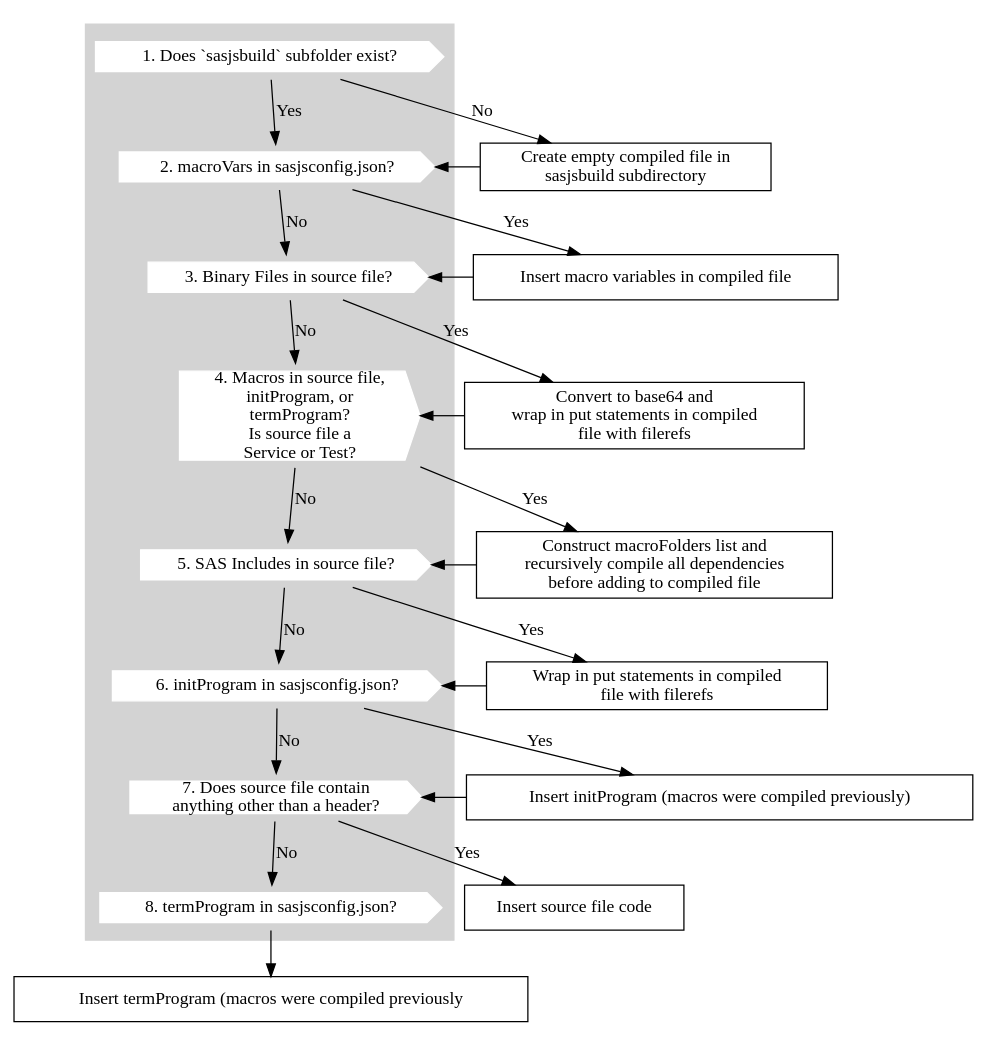
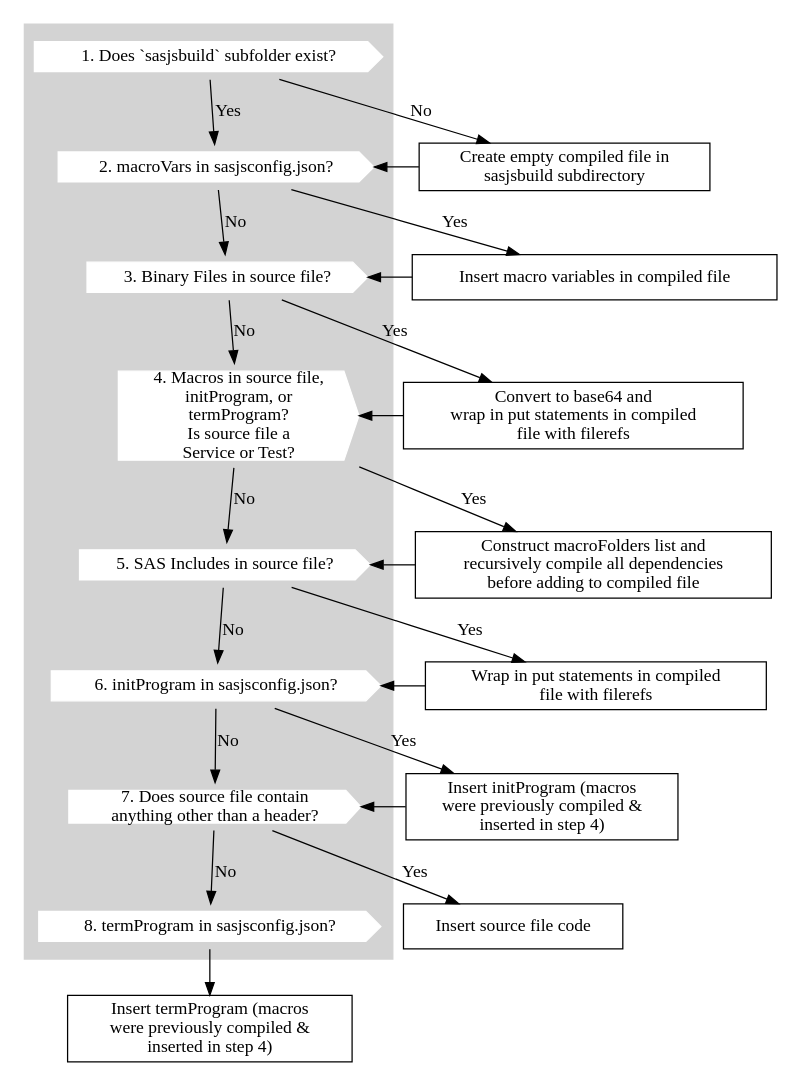
Before and after one commit to sasjs/cli.sasjs.io: the diagram in docs/img/compile.dot, drawn with Graphviz. The commit also changed 2 other files, not shown here.

```diff
--- a/docs/img/compile.dot
+++ b/docs/img/compile.dot
@@ -1,52 +1,52 @@
 digraph G {
   splines="FALSE";
   rankdir="TD"
 
   /* Entities */
   subgraph cluster_0 {
     style="filled";
     color="lightgrey";
     node [style=filled,color=white];
     q1[label="1. Does `sasjsbuild` subfolder exist?", shape=cds];
     q2[label="2. macroVars in sasjsconfig.json?",shape=cds ]
     q3[label="3. Binary Files in source file?",shape=cds ]
     q4[label="4. Macros in source file, \ninitProgram, or \ntermProgram?\nIs source file a \nService or Test?",shape=cds ]
     q5[label="5. SAS Includes in source file?",shape=cds ]
     q6[label="6. initProgram in sasjsconfig.json?",shape=cds ]
     q7[label="7. Does source file contain \nanything other than a header?", shape=cds];
     q8[label="8. termProgram in sasjsconfig.json?",shape=cds ]
   }
 
   a1[label="Create empty compiled file in \nsasjsbuild subdirectory", shape=box];
   a2[label="Insert macro variables in compiled file", shape=box];
   a3[label="Convert to base64 and \nwrap in put statements in compiled\n file with filerefs", shape=box];
   a4[label="Construct macroFolders list and\n recursively compile all dependencies\nbefore adding to compiled file", shape=box];
   a5[label="Wrap in put statements in compiled\n file with filerefs", shape=box];
-  a6[label="Insert initProgram (macros were compiled previously)", shape=box];
+  a6[label="Insert initProgram (macros \nwere previously compiled &\ninserted in step 4)", shape=box];
   a7[label="Insert source file code", shape=box];
-  a8[label="Insert termProgram (macros were compiled previously", shape=box];
+  a8[label="Insert termProgram (macros \nwere previously compiled &\ninserted in step 4)", shape=box];
 
   /* Relationships */
   q1 -> a1 [label="No"];
   q1 -> q2 [label="Yes"];
   a1 -> q2 ;
   q2 -> a2 [label="Yes"];
   q2 -> q3 [label="No"];
   a2 -> q3 ;
   q3 -> a3 [label="Yes"];
   q3 -> q4 [label="No"];
   a3 -> q4 ;
   q4 -> a4 [label="Yes"];
   q4 -> q5 [label="No"];
   a4 -> q5 ;
   q5 -> a5 [label="Yes"];
   q5 -> q6 [label="No"];
   a5 -> q6 ;
   q6 -> q7 [label="No"];
   q6 -> a6 [label="Yes"];
   a6 -> q7
   q7 -> a7 [label="Yes"];
   q7 -> q8 [label="No"];
   q8 -> a8 ;
 
 }
```
